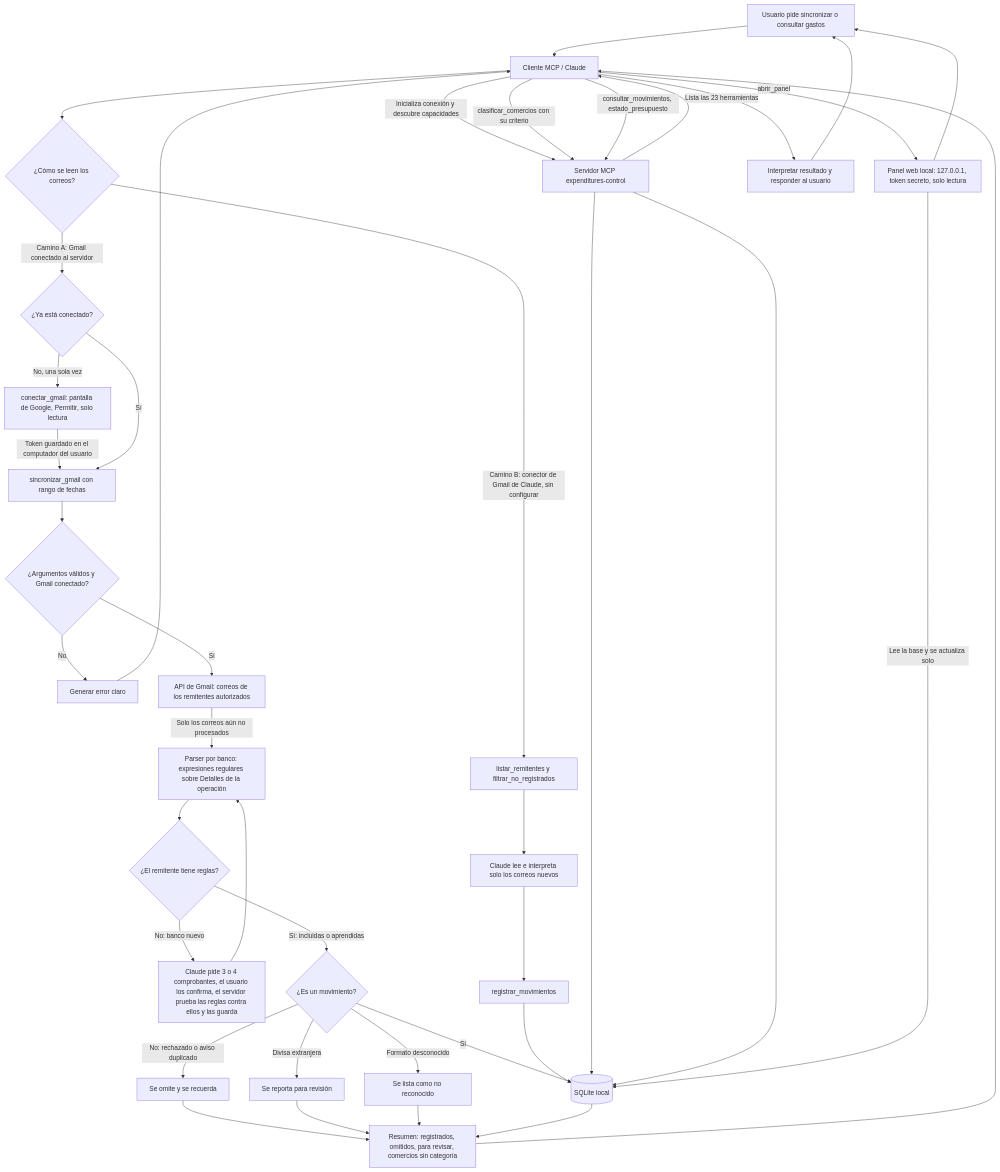
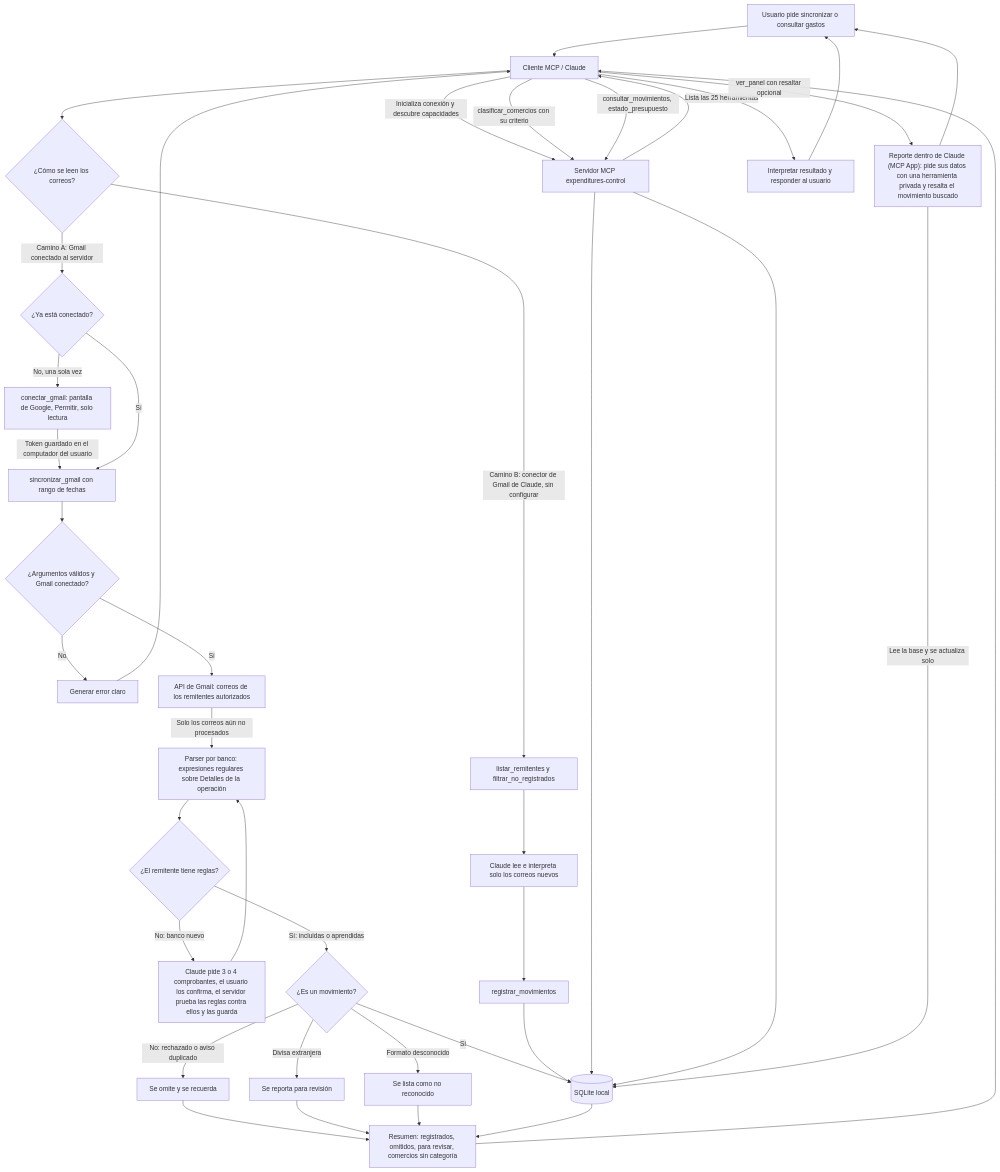
The diagram in docs/diagrama-proceso-mcp.md (estebanjc78/expenditure), drawn with Mermaid before and after one commit. The commit also changed 12 other files, not shown here.

Commit message:
feat: ver_panel resaltar highlights the movement a person is looking for inside the report; tests use fictitious names

````diff
--- a/docs/diagrama-proceso-mcp.md
+++ b/docs/diagrama-proceso-mcp.md
@@ -8,48 +8,48 @@
 ```mermaid
 flowchart TD
     U["Usuario pide sincronizar o consultar gastos"] --> C["Cliente MCP / Claude"]
     C -->|"Inicializa conexión y descubre capacidades"| S["Servidor MCP expenditures-control"]
-    S -->|"Lista las 23 herramientas"| C
+    S -->|"Lista las 25 herramientas"| C
 
     C --> D{"¿Cómo se leen los correos?"}
 
     D -->|"Camino A: Gmail conectado al servidor"| A0{"¿Ya está conectado?"}
     A0 -->|"No, una sola vez"| A1["conectar_gmail: pantalla de Google, Permitir, solo lectura"]
     A1 -->|"Token guardado en el computador del usuario"| A2
     A0 -->|"Sí"| A2["sincronizar_gmail con rango de fechas"]
     A2 --> V{"¿Argumentos válidos y Gmail conectado?"}
     V -->|"No"| E["Generar error claro"]
     E --> C
     V -->|"Sí"| G["API de Gmail: correos de los remitentes autorizados"]
     G -->|"Solo los correos aún no procesados"| P["Parser por banco: expresiones regulares sobre Detalles de la operación"]
     P --> N{"¿El remitente tiene reglas?"}
     N -->|"No: banco nuevo"| L["Claude pide 3 o 4 comprobantes, el usuario los confirma, el servidor prueba las reglas contra ellos y las guarda"]
     L --> P
     N -->|"Sí: incluidas o aprendidas"| K{"¿Es un movimiento?"}
     K -->|"No: rechazado o aviso duplicado"| X["Se omite y se recuerda"]
     K -->|"Divisa extranjera"| R["Se reporta para revisión"]
     K -->|"Formato desconocido"| Y["Se lista como no reconocido"]
     K -->|"Sí"| DB[("SQLite local")]
     X --> F["Resumen: registrados, omitidos, para revisar, comercios sin categoría"]
     R --> F
     Y --> F
     DB --> F
     F --> C
 
     D -->|"Camino B: conector de Gmail de Claude, sin configurar"| B1["listar_remitentes y filtrar_no_registrados"]
     B1 --> B2["Claude lee e interpreta solo los correos nuevos"]
     B2 --> B3["registrar_movimientos"]
     B3 --> DB
 
     C -->|"clasificar_comercios con su criterio"| S
     S --> DB
     C -->|"consultar_movimientos, estado_presupuesto"| S
     S --> DB
 
-    C -->|"abrir_panel"| W["Panel web local: 127.0.0.1, token secreto, solo lectura"]
+    C -->|"ver_panel con resaltar opcional"| W["Reporte dentro de Claude (MCP App): pide sus datos con una herramienta privada y resalta el movimiento buscado"]
     W -->|"Lee la base y se actualiza solo"| DB
     W --> U
 
     C --> A["Interpretar resultado y responder al usuario"]
     A --> U
 ```
````
